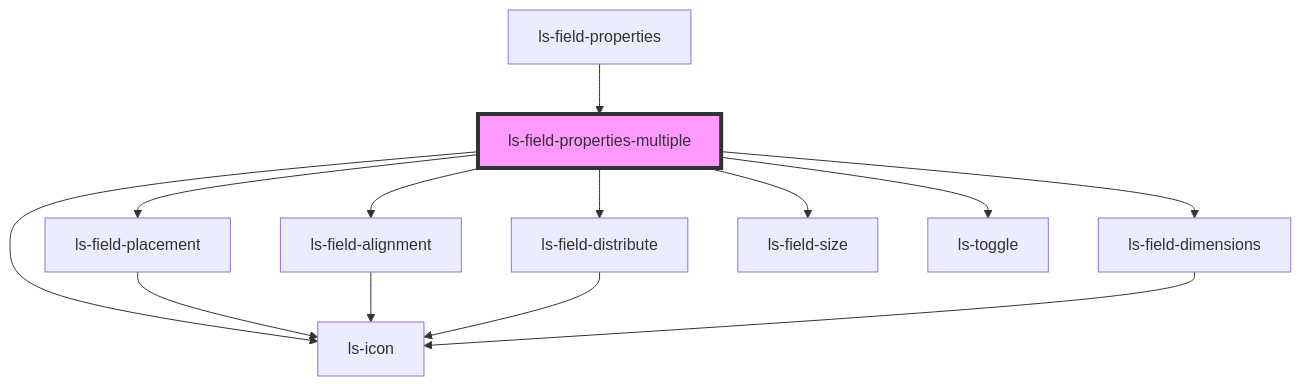
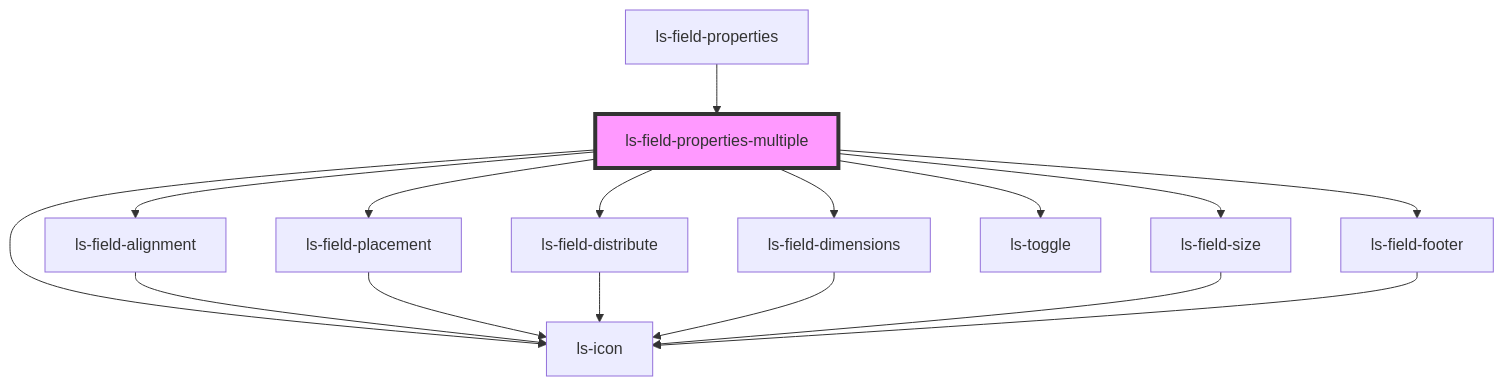
One commit to legalesign/ls-document-viewer changed the diagram in src/components/ls-field-properties-multiple/readme.md. Above: the diagram before and after it, drawn with Mermaid. The commit also changed other lines of this file and 7 other files, not shown here.

````diff
--- a/src/components/ls-field-properties-multiple/readme.md
+++ b/src/components/ls-field-properties-multiple/readme.md
@@ -33,16 +34,19 @@
 ```mermaid
 graph TD;
+  ls-field-properties-multiple --> ls-field-alignment
   ls-field-properties-multiple --> ls-field-placement
-  ls-field-properties-multiple --> ls-field-alignment
   ls-field-properties-multiple --> ls-field-distribute
   ls-field-properties-multiple --> ls-field-dimensions
   ls-field-properties-multiple --> ls-field-size
   ls-field-properties-multiple --> ls-icon
   ls-field-properties-multiple --> ls-toggle
+  ls-field-properties-multiple --> ls-field-footer
+  ls-field-alignment --> ls-icon
   ls-field-placement --> ls-icon
-  ls-field-alignment --> ls-icon
   ls-field-distribute --> ls-icon
   ls-field-dimensions --> ls-icon
+  ls-field-size --> ls-icon
+  ls-field-footer --> ls-icon
   ls-field-properties --> ls-field-properties-multiple
   style ls-field-properties-multiple fill:#f9f,stroke:#333,stroke-width:4px
 ```
````
